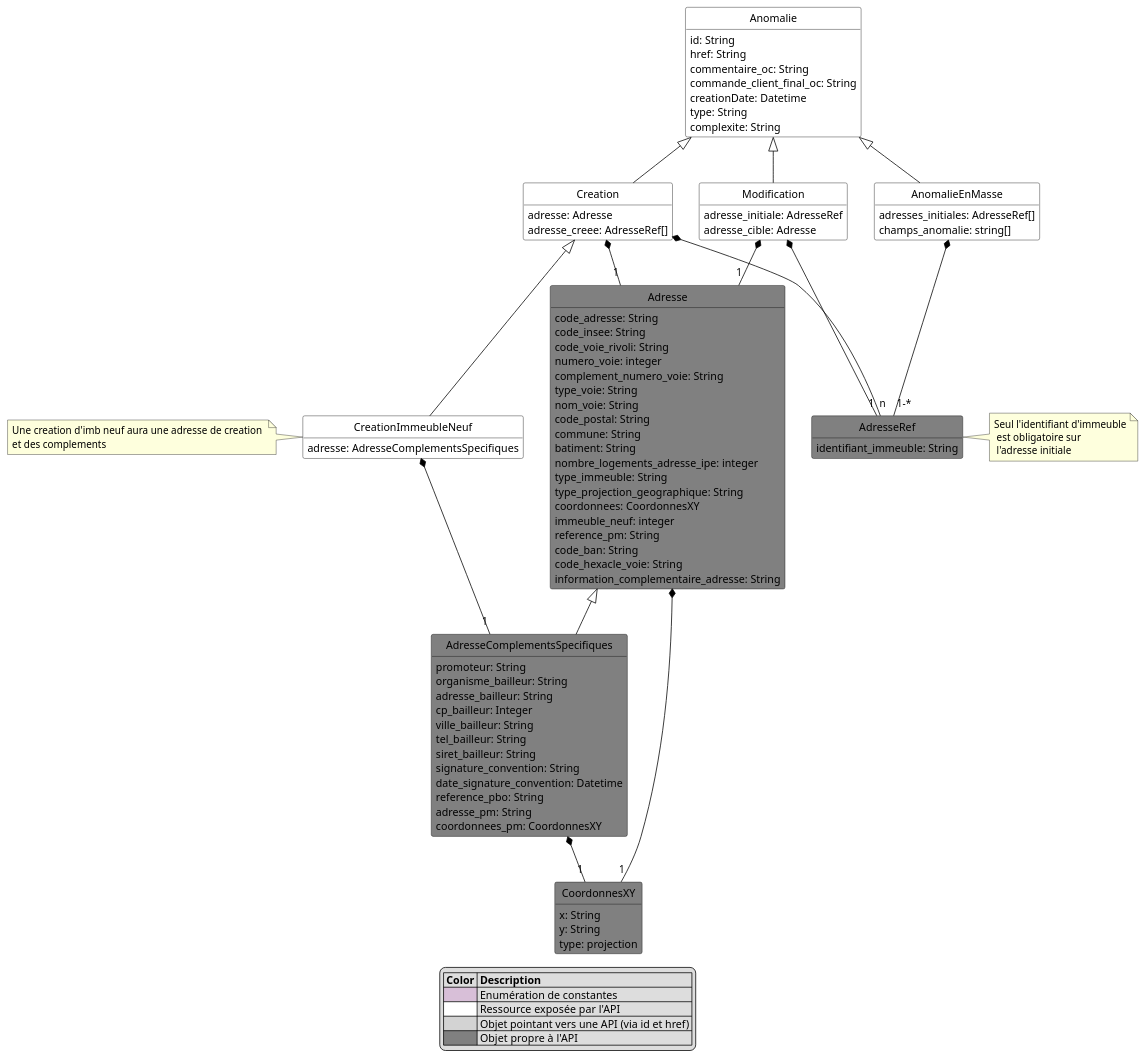
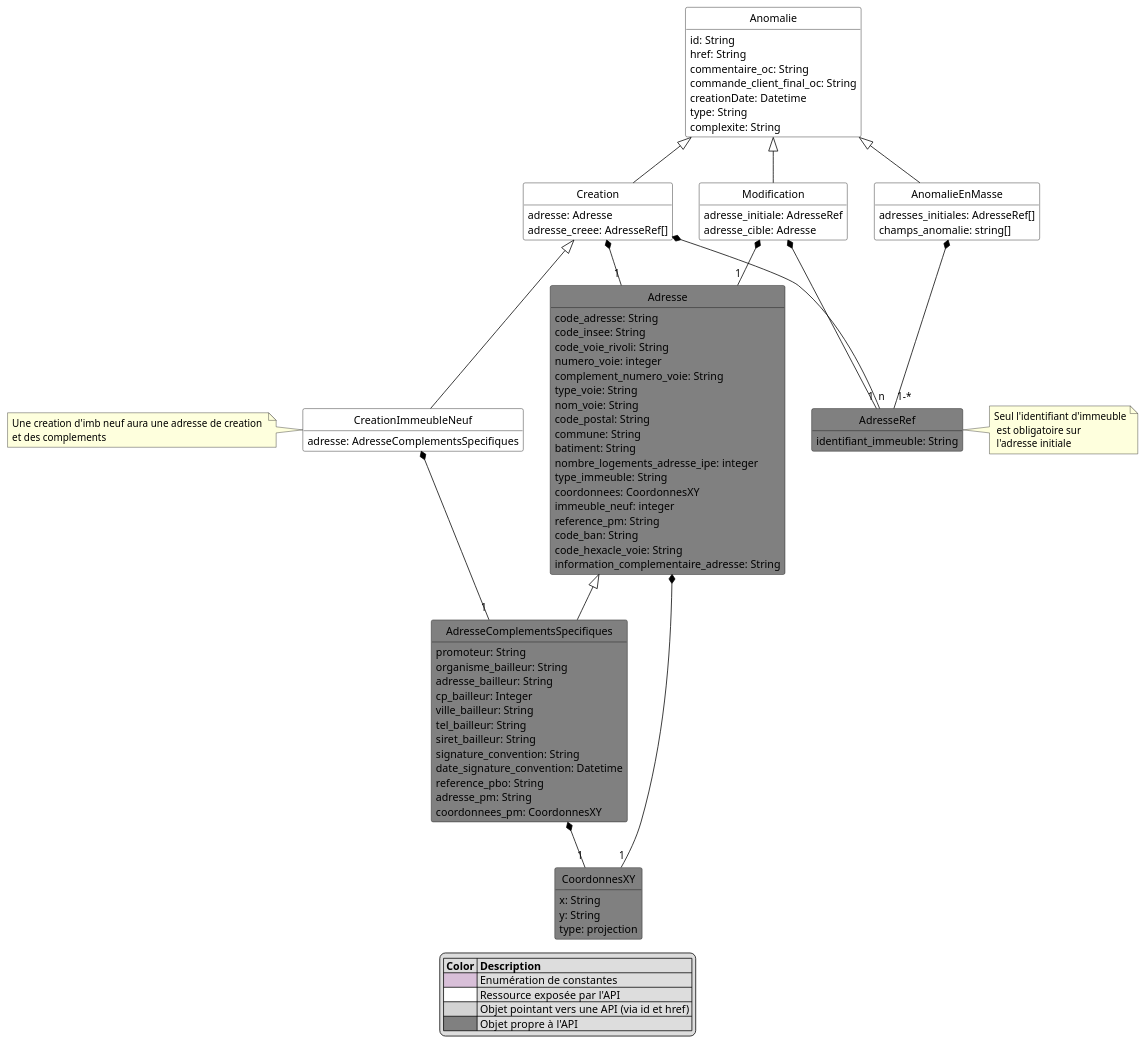
The diagram in model.puml (before-interop/anomalieAdresse), drawn with PlantUML before and after one commit.

Commit message:
suppression type_projectionGeographique

```diff
--- a/model.puml
+++ b/model.puml
@@ -1,113 +1,112 @@
 @startuml
 hide circle
 hide methods
 hide stereotype
 show <<Enumeration>> stereotype
 skinparam class {
    BackgroundColor<<Enumeration>> #Thistle
    BackgroundColor<<Ref>> #LightGrey
    BackgroundColor<<Pivot>> #FFFFFFF
    BackgroundColor #Grey
    BorderColor #Black
    ArrowColor #Black
 }
 
 class Anomalie <<Pivot>> {
     id: String
     href: String
     commentaire_oc: String
     commande_client_final_oc: String
     creationDate: Datetime
     type: String
     complexite: String
 }
 
 class Creation <<Pivot>> {
     adresse: Adresse
     adresse_creee: AdresseRef[]
 }
 Anomalie <|-- Creation
 Creation *-- "1" Adresse
 Creation *-- "n" AdresseRef
 
 class CreationImmeubleNeuf <<Pivot>> {
     adresse: AdresseComplementsSpecifiques
 }
 note left:  Une creation d'imb neuf aura une adresse de creation \net des complements
 CreationImmeubleNeuf *-- "1" AdresseComplementsSpecifiques
 Creation <|-- CreationImmeubleNeuf
 
 class Modification <<Pivot>> {
     adresse_initiale: AdresseRef
     adresse_cible: Adresse
 }
 class AnomalieEnMasse <<Pivot>> {
     adresses_initiales: AdresseRef[]
     champs_anomalie: string[]
 }
 Anomalie <|-- Modification
 Anomalie <|-- AnomalieEnMasse
 Modification *-- "1" Adresse
 Modification *-- "1" AdresseRef
 AnomalieEnMasse *-- "1-*" AdresseRef
 
 class Adresse {
     code_adresse: String
     code_insee: String
     code_voie_rivoli: String
     numero_voie: integer
     complement_numero_voie: String
     type_voie: String
     nom_voie: String
     code_postal: String
     commune: String
     batiment: String
     nombre_logements_adresse_ipe: integer
     type_immeuble: String
-    type_projection_geographique: String
     coordonnees: CoordonnesXY
     immeuble_neuf: integer
     reference_pm: String
     code_ban: String
     code_hexacle_voie: String
     information_complementaire_adresse: String
 }
 Adresse *--"1" CoordonnesXY
 
 class AdresseRef {
     identifiant_immeuble: String
 }
 note right of AdresseRef: Seul l'identifiant d'immeuble\n est obligatoire sur \n l'adresse initiale
 
 class AdresseComplementsSpecifiques {
     promoteur: String
     organisme_bailleur: String
     adresse_bailleur: String
     cp_bailleur: Integer
     ville_bailleur: String
     tel_bailleur: String
     siret_bailleur: String
     signature_convention: String
     date_signature_convention: Datetime
     reference_pbo: String
     adresse_pm: String
     coordonnees_pm: CoordonnesXY
 }
 Adresse <|-- AdresseComplementsSpecifiques
 AdresseComplementsSpecifiques *--"1" CoordonnesXY
 
 class CoordonnesXY {
     x: String
     y: String
     type: projection
 }
 
 legend
     |= Color |= Description |
     |<#Thistle>| Enumération de constantes|
     |<#FFFFFF>| Ressource exposée par l'API |
     |<#LightGrey>| Objet pointant vers une API (via id et href) |
     |<#Grey>| Objet propre à l'API  |
 endlegend
 
 @enduml
```
